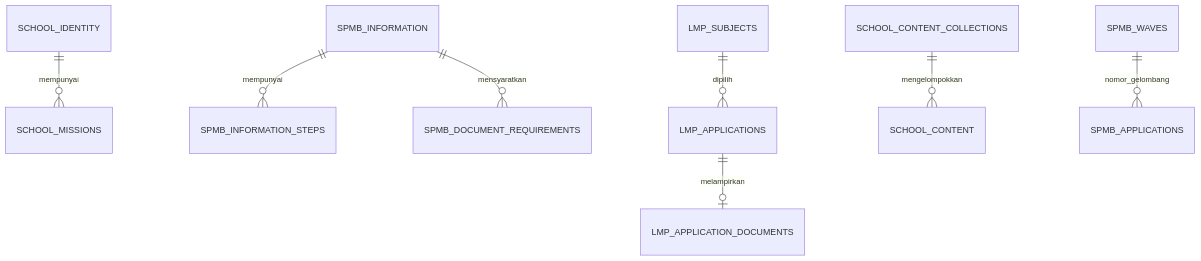
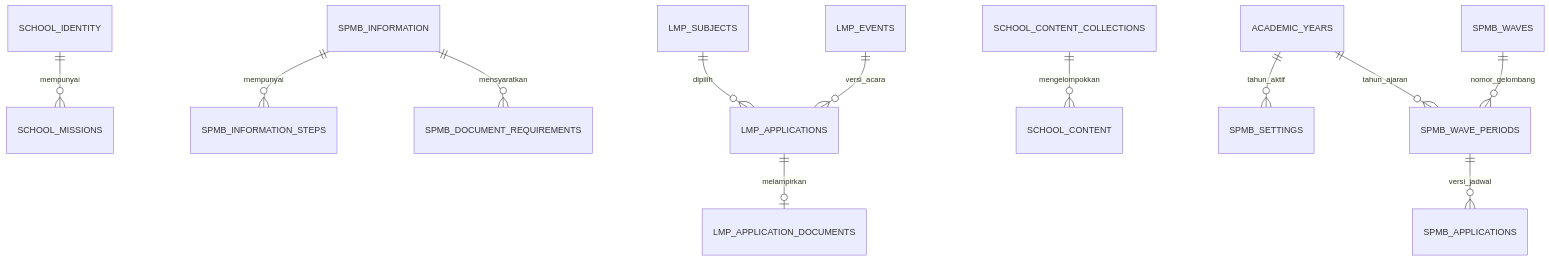
One commit to YudaGuntoro/website-sekolah changed the second of 2 diagrams in cendekia-dashboard/docs/architecture-and-database.md. Above: the diagram before and after it, drawn with Mermaid. The commit also changed other lines of this file and 233 other files, not shown here.

````diff
--- a/cendekia-dashboard/docs/architecture-and-database.md
+++ b/cendekia-dashboard/docs/architecture-and-database.md
@@ -33,10 +33,14 @@
 ```mermaid
 erDiagram
     SCHOOL_IDENTITY ||--o{ SCHOOL_MISSIONS : mempunyai
     SPMB_INFORMATION ||--o{ SPMB_INFORMATION_STEPS : mempunyai
     SPMB_INFORMATION ||--o{ SPMB_DOCUMENT_REQUIREMENTS : mensyaratkan
     LMP_SUBJECTS ||--o{ LMP_APPLICATIONS : dipilih
     LMP_APPLICATIONS ||--o| LMP_APPLICATION_DOCUMENTS : melampirkan
     SCHOOL_CONTENT_COLLECTIONS ||--o{ SCHOOL_CONTENT : mengelompokkan
-    SPMB_WAVES ||--o{ SPMB_APPLICATIONS : nomor_gelombang
+    ACADEMIC_YEARS ||--o{ SPMB_SETTINGS : tahun_aktif
+    ACADEMIC_YEARS ||--o{ SPMB_WAVE_PERIODS : tahun_ajaran
+    SPMB_WAVES ||--o{ SPMB_WAVE_PERIODS : nomor_gelombang
+    SPMB_WAVE_PERIODS ||--o{ SPMB_APPLICATIONS : versi_jadwal
+    LMP_EVENTS ||--o{ LMP_APPLICATIONS : versi_acara
 ```
````
